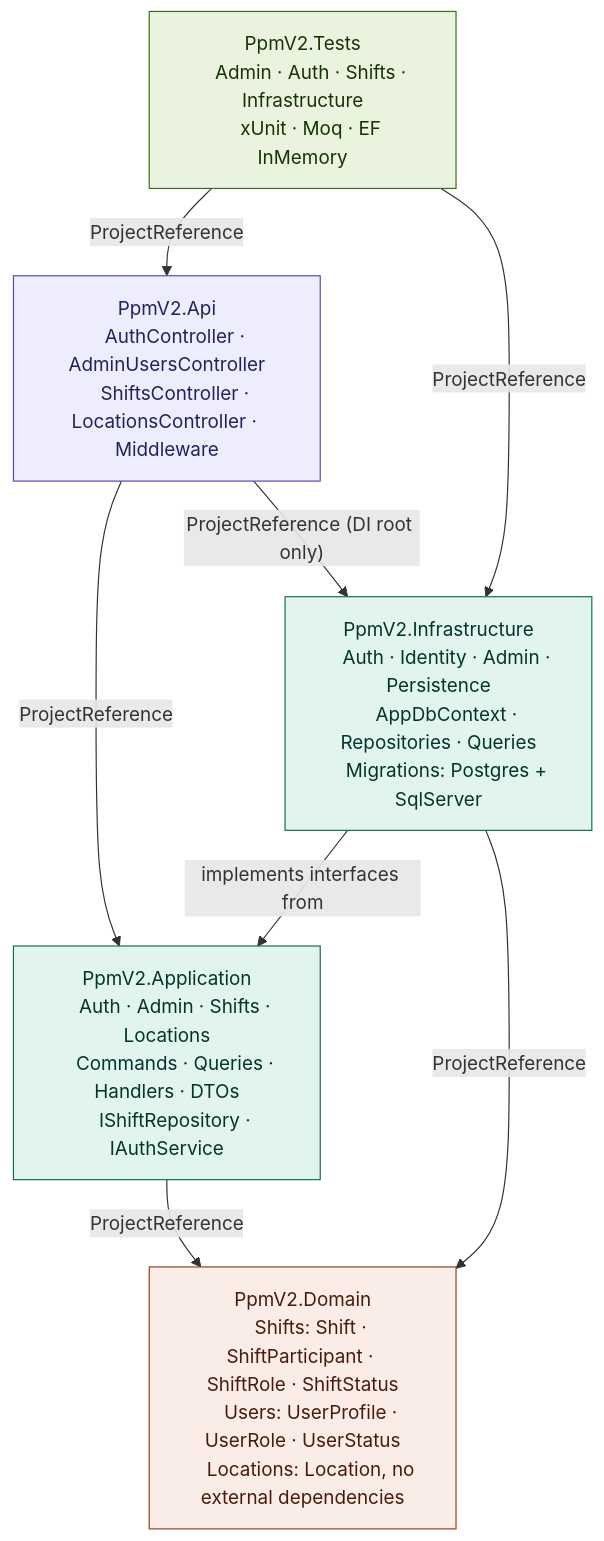
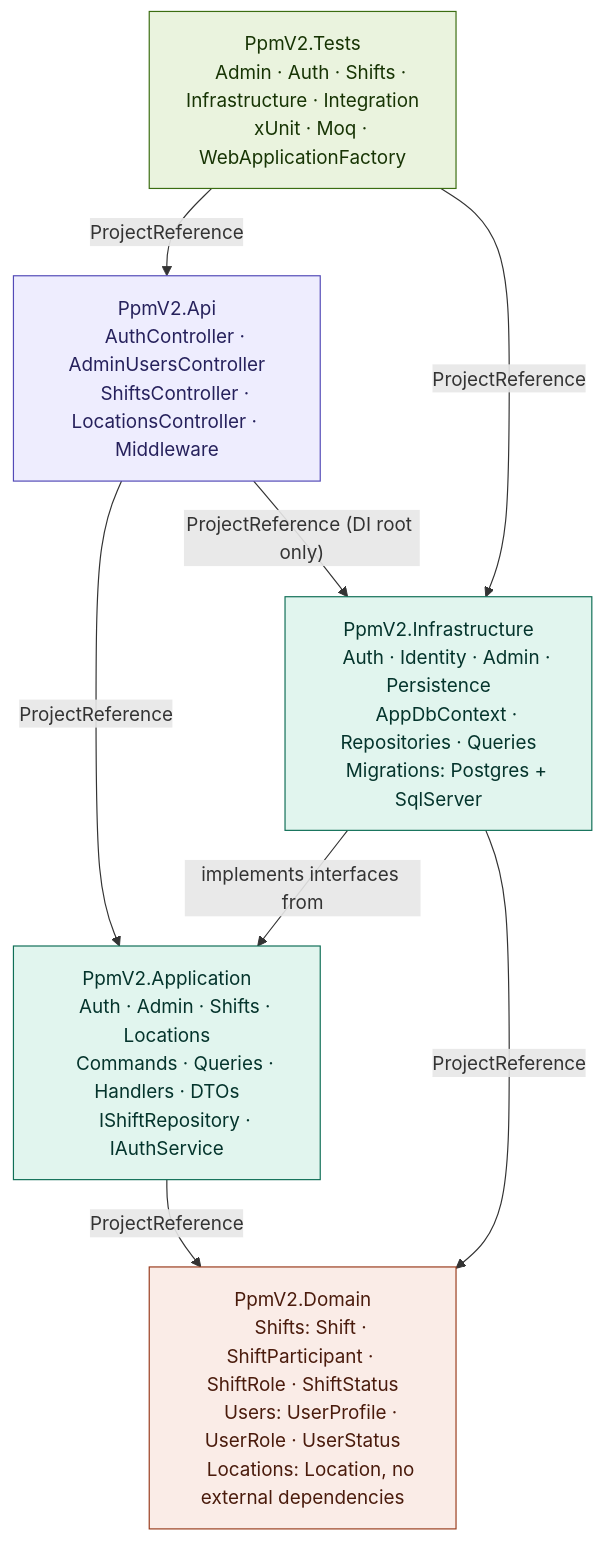
The second of 3 diagrams in src/docs/architecture.md (djzh23/PpmV2), drawn with Mermaid before and after one commit. The commit also changed other lines of this file and 2 other files, not shown here.

Commit message:
docs: fix test filter command and sync API contract with current implementation

````diff
--- a/src/docs/architecture.md
+++ b/src/docs/architecture.md
@@ -92,39 +92,39 @@
 ```mermaid
 graph TD
     API["PpmV2.Api
     AuthController · AdminUsersController
     ShiftsController · LocationsController · Middleware"]
 
     APP["PpmV2.Application
     Auth · Admin · Shifts · Locations
     Commands · Queries · Handlers · DTOs
     IShiftRepository · IAuthService"]
 
     INFRA["PpmV2.Infrastructure
     Auth · Identity · Admin · Persistence
     AppDbContext · Repositories · Queries
     Migrations: Postgres + SqlServer"]
 
     DOMAIN["PpmV2.Domain
     Shifts: Shift · ShiftParticipant · ShiftRole · ShiftStatus
     Users: UserProfile · UserRole · UserStatus
     Locations: Location, no external dependencies"]
 
     TESTS["PpmV2.Tests
-    Admin · Auth · Shifts · Infrastructure
-    xUnit · Moq · EF InMemory"]
+    Admin · Auth · Shifts · Infrastructure · Integration
+    xUnit · Moq · WebApplicationFactory"]
 
     API   -->|"ProjectReference"| APP
     API   -->|"ProjectReference (DI root only)"| INFRA
     APP   -->|"ProjectReference"| DOMAIN
     INFRA -->|"implements interfaces from"| APP
     INFRA -->|"ProjectReference"| DOMAIN
     TESTS -->|"ProjectReference"| API
     TESTS -->|"ProjectReference"| INFRA
 
     style API    fill:#EEEDFE,stroke:#534AB7,color:#26215C
     style APP    fill:#E1F5EE,stroke:#0F6E56,color:#04342C
     style INFRA  fill:#E1F5EE,stroke:#0F6E56,color:#04342C
     style DOMAIN fill:#FAECE7,stroke:#993C1D,color:#4A1B0C
     style TESTS  fill:#EAF3DE,stroke:#3B6D11,color:#173404
 ```
````
